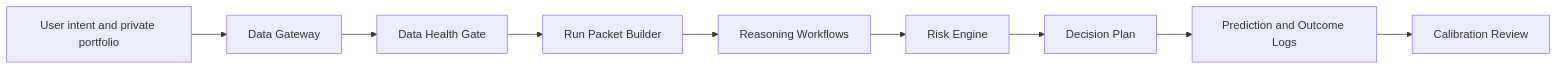
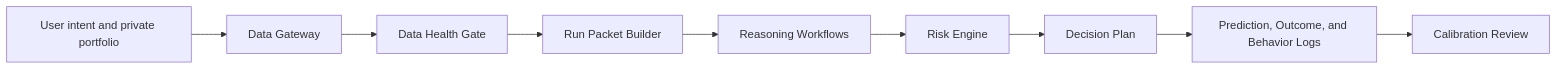
The diagram in docs/agent_architecture.md (eulalee001020-star/a-share-ai-decision-assistant), drawn with Mermaid before and after one commit. The commit also changed other lines of this file and 13 other files, not shown here.

````diff
--- a/docs/agent_architecture.md
+++ b/docs/agent_architecture.md
@@ -17,11 +17,11 @@
 ```mermaid
 flowchart LR
   A["User intent and private portfolio"] --> B["Data Gateway"]
   B --> C["Data Health Gate"]
   C --> D["Run Packet Builder"]
   D --> E["Reasoning Workflows"]
   E --> F["Risk Engine"]
   F --> G["Decision Plan"]
-  G --> H["Prediction and Outcome Logs"]
+  G --> H["Prediction, Outcome, and Behavior Logs"]
   H --> I["Calibration Review"]
 ```
````
